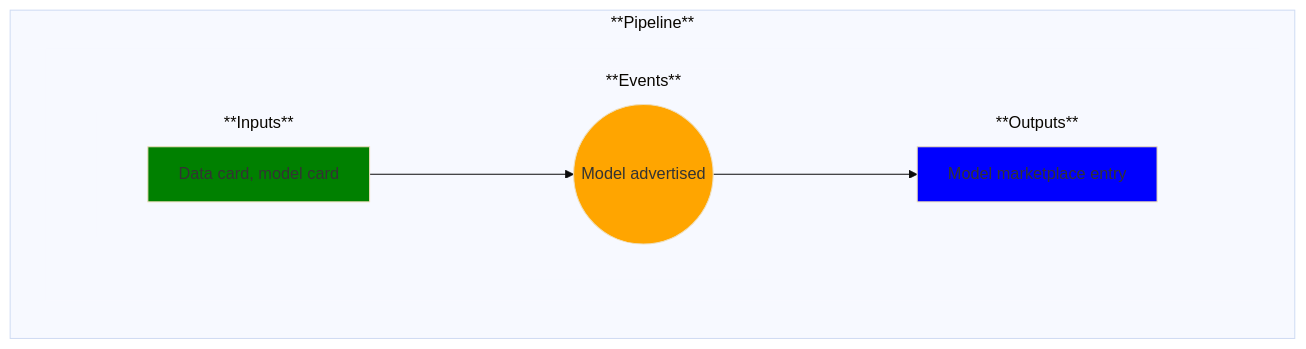
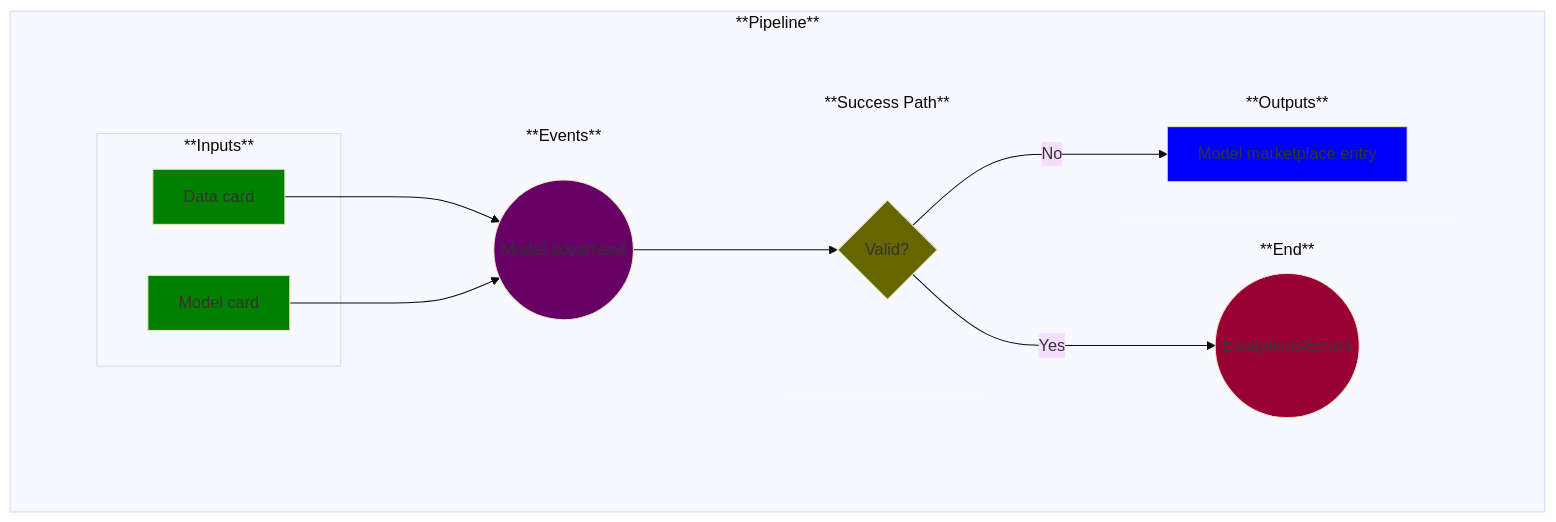
Before and after one commit to MLOps-OpenAPI/arch-diagrams: the diagram in use-cases/17-model-marketplace.md, drawn with Mermaid (base theme). The commit also changed other lines of this file and 5 other files, not shown here.

````diff
--- a/use-cases/17-model-marketplace.md
+++ b/use-cases/17-model-marketplace.md
@@ -15,51 +16,74 @@
 ```mermaid
 
 %% Creating a left-to-right flowchart
 %% Learn the syntax here: https://mermaid.js.org/syntax/flowchart.html
 %% Note: flowchart and graph are the same in Mermaid
 graph LR;
 
     %% Define the common flow items:
     %%A--> B
     %%B-->C
     subgraph Pipeline ["**Pipeline**"]
         
         %% Add an empty node to overcome some formatting issues
         subgraph invisibleSpace["<br/>"]
 
             %% Add the rest of the nodes
             subgraph Inputs ["**Inputs**"]
-                A
+                A1
+            end
+            subgraph Inputs ["**Inputs**"]
+                A2
             end
             subgraph Events ["**Events**"]
                 B
             end
-            subgraph Outputs ["**Outputs**"]
+            subgraph Success ["**Success Path**"]
                 C
             end
+            subgraph End ["**End**"]
+                D
+            end
+            subgraph Outputs ["**Outputs**"]
+                E
+            end
         end
-        A-->B
+        A1-->B
+        A2-->B
         %%C--> | test text | D
         B-->C
+        C--> |Yes | D
+        C--> |No | E
         %%D--> | test text | E
     end
 
     %% Now label and style the blocks
     %% Note: You could have done this above, but I find this to be cleaner and easier to manage
 
-    A[Data card, model card]
-    style A fill:green
+    A1[Data card]
+    style A1 fill:green
+
+    A2[Model card]
+    style A2 fill:green
 
     B((Model advertised))
-    style B fill:orange
+    style B fill:#660066
 
-    C[Model marketplace entry]
-    style C fill:blue
+    C{Valid?}
+    style C fill:#666600
+
+    D((Exceptions/Errors))
+    style D fill:#990033
+
+    E[Model marketplace entry]
+    style E fill:blue
 
     %% Remove unnecessary box outlines
     style invisibleSpace stroke-width:0
     style Inputs stroke-width:0
     style Events stroke-width:0
+    style End stroke-width:0
+    style Success stroke-width:0
     style Outputs stroke-width:0
 
 ```
````
